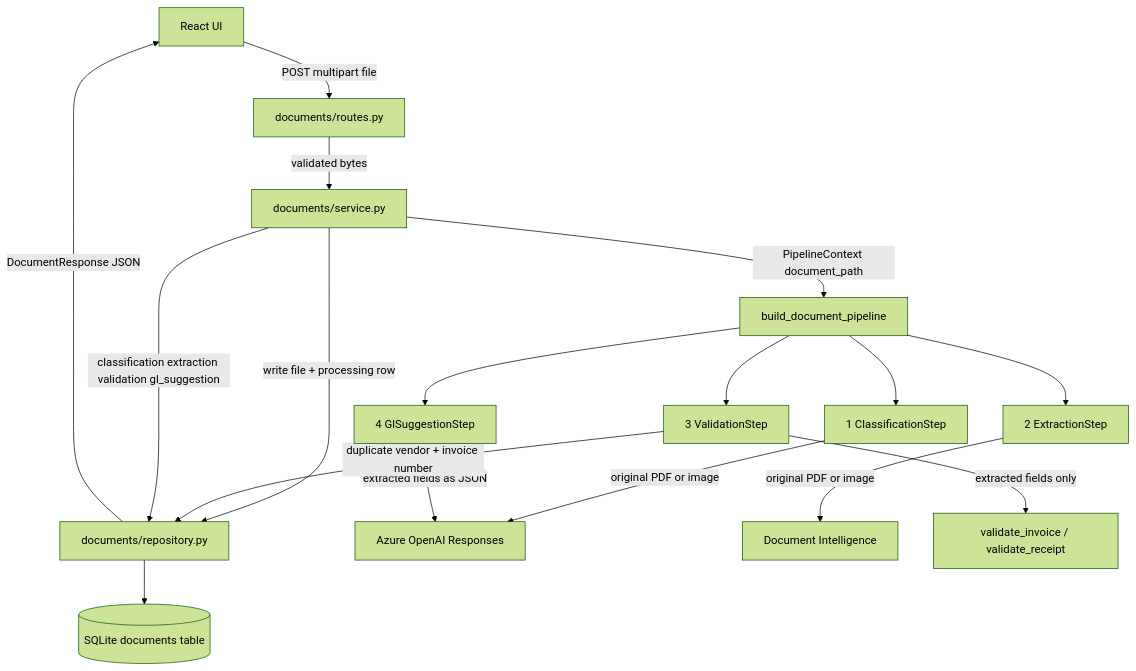
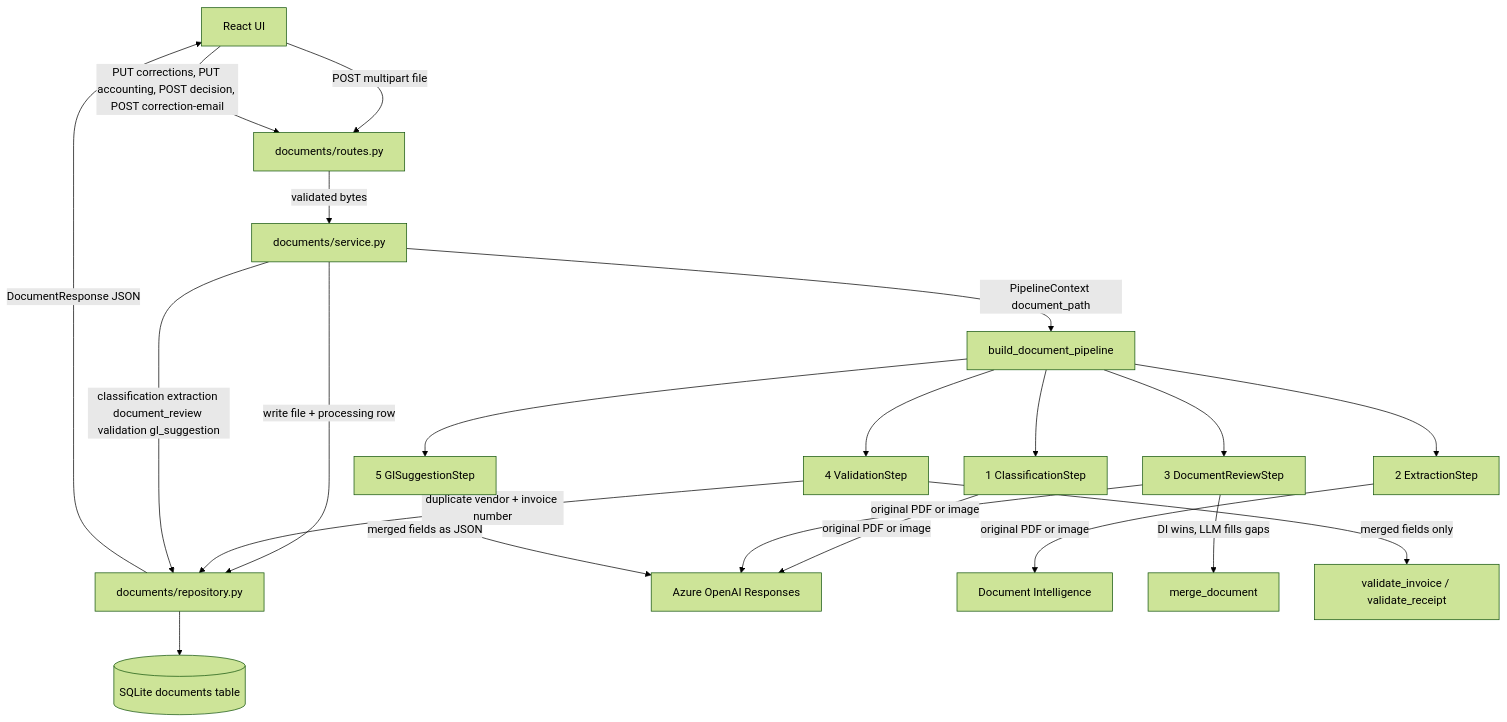
Before and after one commit to noelogbuagu/e2e-invoice-review: the first of 2 diagrams in docs/how-it-works.md, drawn with Mermaid (forest theme). The commit also changed other lines of this file and 38 other files, not shown here.

````diff
--- a/docs/how-it-works.md
+++ b/docs/how-it-works.md
@@ -23,19 +25,23 @@
 ```mermaid
 flowchart TD
     ui[React UI] -->|POST multipart file| routes[documents/routes.py]
     routes -->|validated bytes| service[documents/service.py]
     service -->|write file + processing row| repo[documents/repository.py]
     repo --> sqlite[(SQLite documents table)]
     service -->|PipelineContext document_path| pipeline[build_document_pipeline]
     pipeline --> classify[1 ClassificationStep]
     pipeline --> extract[2 ExtractionStep]
-    pipeline --> validate[3 ValidationStep]
-    pipeline --> gl[4 GlSuggestionStep]
+    pipeline --> review[3 DocumentReviewStep]
+    pipeline --> validate[4 ValidationStep]
+    pipeline --> gl[5 GlSuggestionStep]
     classify -->|original PDF or image| openai[Azure OpenAI Responses]
     extract -->|original PDF or image| di[Document Intelligence]
-    validate -->|extracted fields only| policy[validate_invoice / validate_receipt]
-    gl -->|extracted fields as JSON| openai
+    review -->|original PDF or image| openai
+    review -->|DI wins, LLM fills gaps| merge[merge_document]
+    validate -->|merged fields only| policy[validate_invoice / validate_receipt]
+    gl -->|merged fields as JSON| openai
     validate -->|duplicate vendor + invoice number| repo
-    service -->|classification extraction validation gl_suggestion| repo
+    service -->|classification extraction document_review validation gl_suggestion| repo
     repo -->|DocumentResponse JSON| ui
+    ui -->|PUT corrections, PUT accounting, POST decision, POST correction-email| routes
 ```
````
